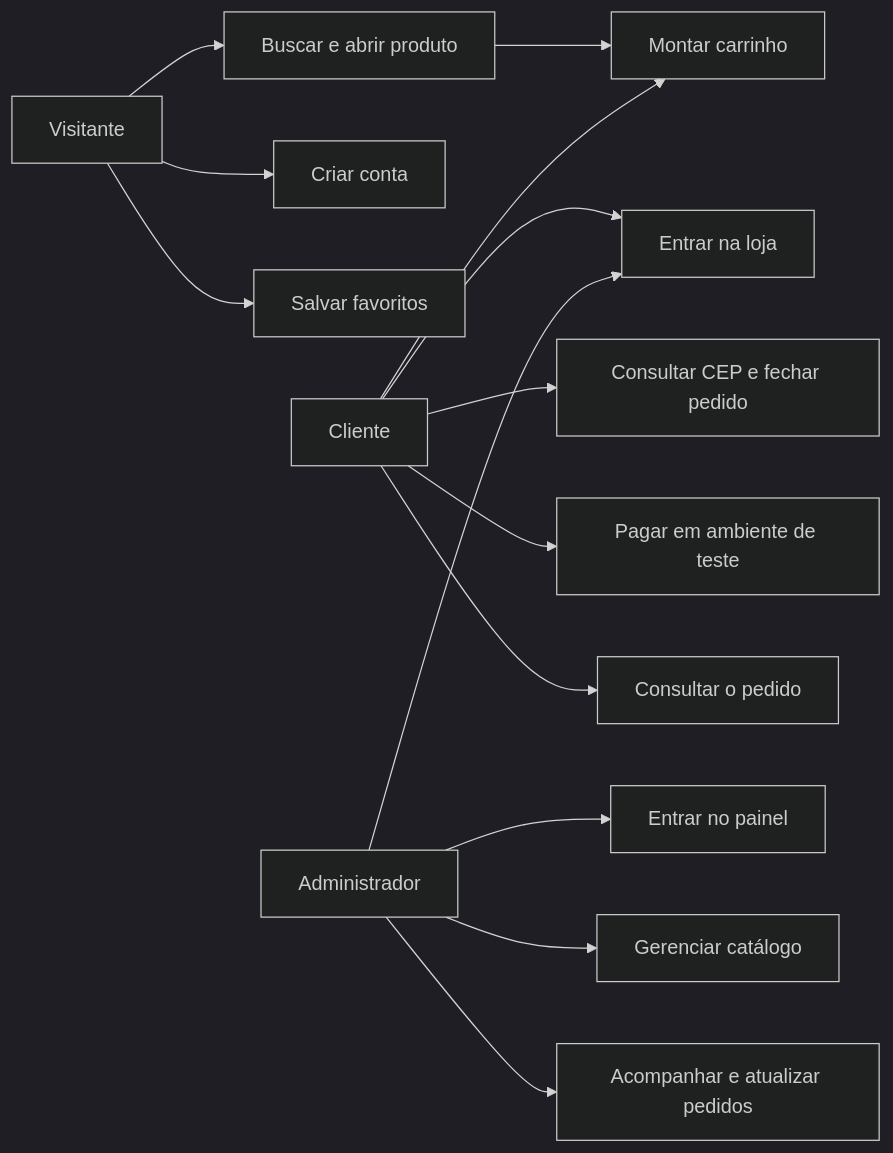
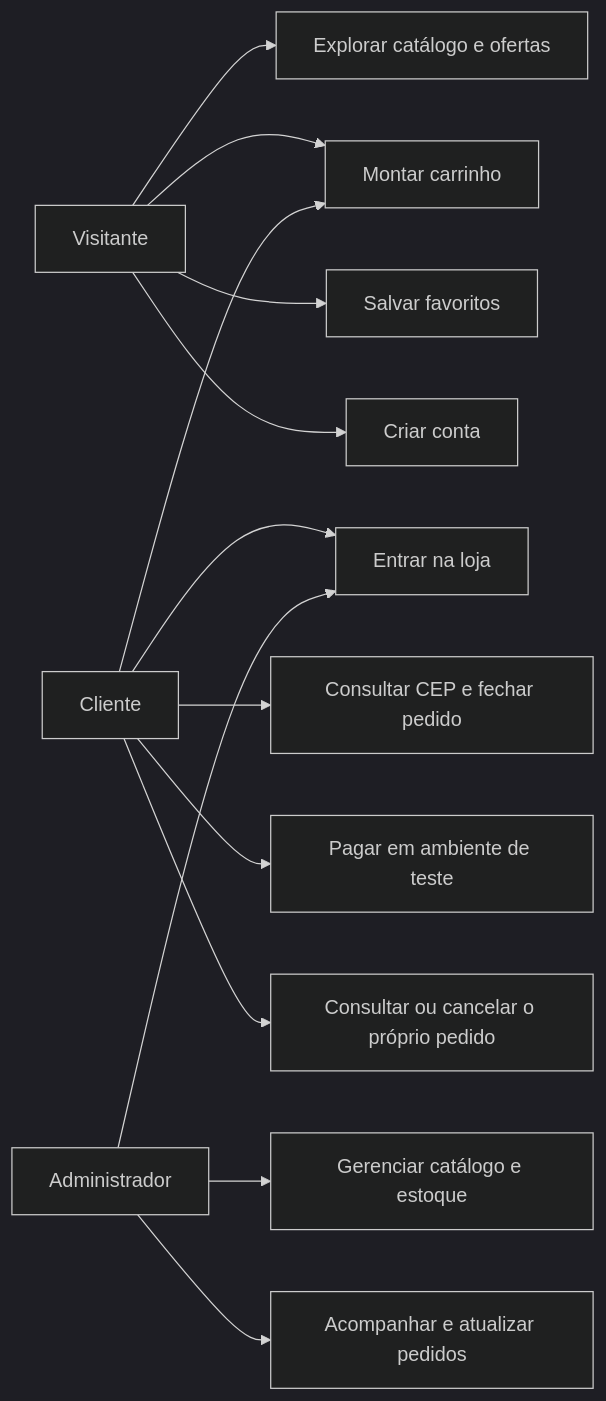
One commit to KaahRomao/loja-virtual changed the diagram in documentos/requisitos.md. Above: the diagram before and after it, drawn with Mermaid (dark theme). The commit also changed other lines of this file and 4 other files, not shown here.

````diff
--- a/documentos/requisitos.md
+++ b/documentos/requisitos.md
@@ -25,16 +36,15 @@
 ```mermaid
 flowchart LR
-  V[Visitante] --> C[Buscar e abrir produto]
+  V[Visitante] --> C[Explorar catálogo e ofertas]
+  V --> B[Montar carrinho]
+  V --> F[Salvar favoritos]
   V --> A[Criar conta]
-  V --> F[Salvar favoritos]
-  C --> B[Montar carrinho]
   U[Cliente] --> L[Entrar na loja]
   U --> B
   U --> E[Consultar CEP e fechar pedido]
   U --> P[Pagar em ambiente de teste]
-  U --> S[Consultar o pedido]
+  U --> S[Consultar ou cancelar o próprio pedido]
   G[Administrador] --> L
-  G --> X[Entrar no painel]
-  G --> M[Gerenciar catálogo]
+  G --> M[Gerenciar catálogo e estoque]
   G --> R[Acompanhar e atualizar pedidos]
 ```
````
